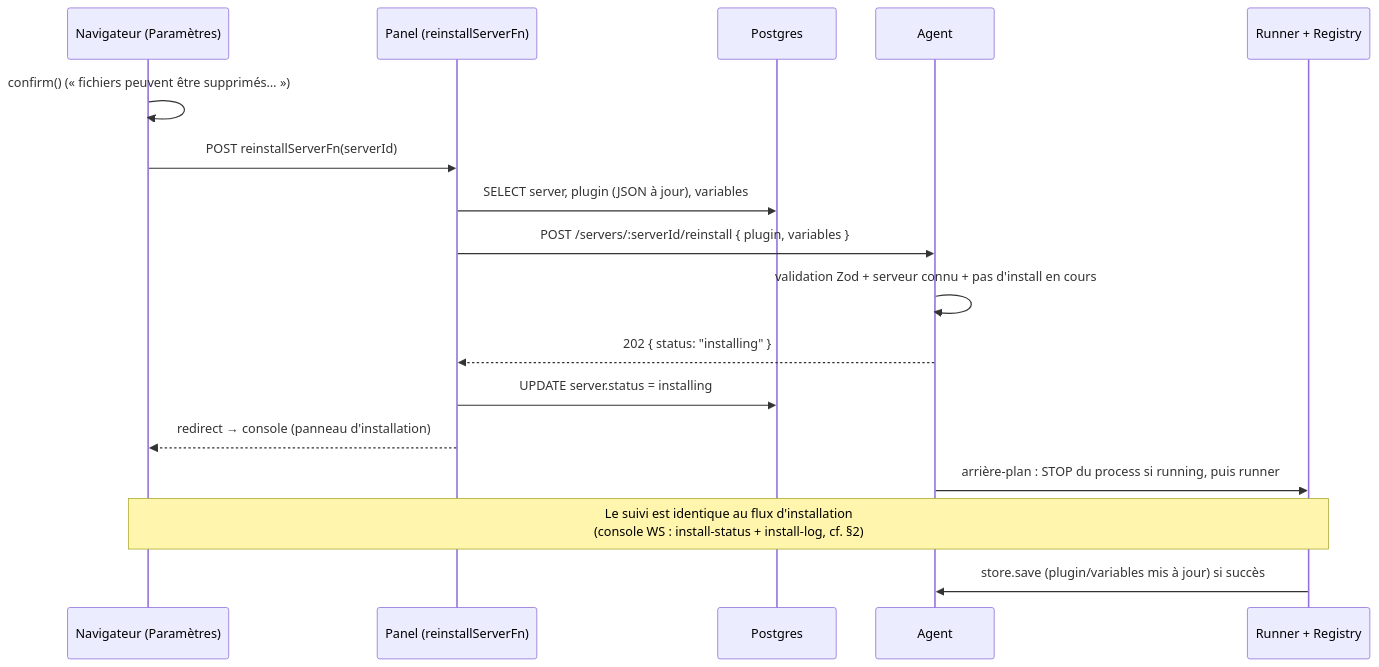
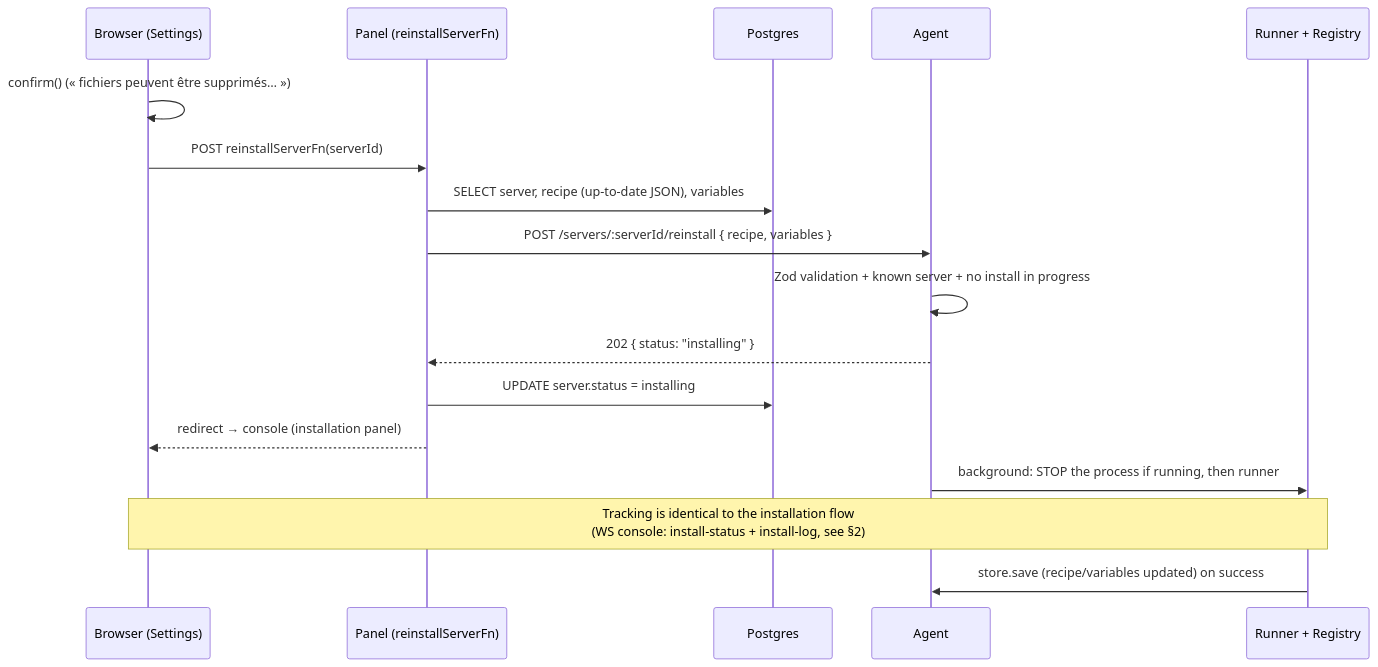
The seventh of 9 diagrams in docs/communications.md (mojito-panel/panel), drawn with Mermaid before and after one commit. The commit also changed other lines of this file and 81 other files, not shown here.

First line of the commit message:
feat: allocations (Pelican-style), plugin->recipe rename, English tests & docs

````diff
--- a/docs/communications.md
+++ b/docs/communications.md
@@ -214,20 +214,20 @@
 ```mermaid
 sequenceDiagram
-    participant N as Navigateur (Paramètres)
+    participant N as Browser (Settings)
     participant P as Panel (reinstallServerFn)
     participant D as Postgres
     participant A as Agent
     participant R as Runner + Registry
 
     N->>N: confirm() (« fichiers peuvent être supprimés… »)
     N->>P: POST reinstallServerFn(serverId)
-    P->>D: SELECT server, plugin (JSON à jour), variables
-    P->>A: POST /servers/:serverId/reinstall { plugin, variables }
-    A->>A: validation Zod + serveur connu + pas d'install en cours
+    P->>D: SELECT server, recipe (up-to-date JSON), variables
+    P->>A: POST /servers/:serverId/reinstall { recipe, variables }
+    A->>A: Zod validation + known server + no install in progress
     A-->>P: 202 { status: "installing" }
     P->>D: UPDATE server.status = installing
-    P-->>N: redirect → console (panneau d'installation)
-    A->>R: arrière-plan : STOP du process si running, puis runner
-    Note over N,R: Le suivi est identique au flux d'installation<br/>(console WS : install-status + install-log, cf. §2)
-    R->>A: store.save (plugin/variables mis à jour) si succès
+    P-->>N: redirect → console (installation panel)
+    A->>R: background: STOP the process if running, then runner
+    Note over N,R: Tracking is identical to the installation flow<br/>(WS console: install-status + install-log, see §2)
+    R->>A: store.save (recipe/variables updated) on success
 ```
````
